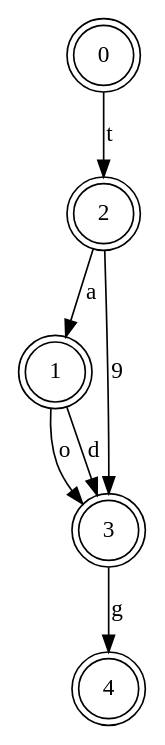
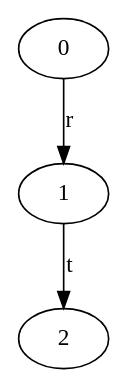
Before and after one commit to alirezahi/Finite-State-Machine: the diagram in test-output/round-table.gv, drawn with Graphviz. The commit also changed 3 other files, not shown here.

```diff
--- a/test-output/round-table.gv
+++ b/test-output/round-table.gv
@@ -1,14 +1,8 @@
 // The Round Table
 digraph {
-	0 [label=0 shape=doublecircle]
-		0 -> 2 [label=t]
-	1 [label=1 shape=doublecircle]
-		1 -> 3 [label=o]
-		1 -> 3 [label=d]
-	2 [label=2 shape=doublecircle]
-		2 -> 1 [label=a]
-		2 -> 3 [label=9]
-	3 [label=3 shape=doublecircle]
-		3 -> 4 [label=g]
-	4 [label=4 shape=doublecircle]
+	0 [label=0]
+		0 -> 1 [label=r]
+	1 [label=1]
+		1 -> 2 [label=t]
+	2 [label=2]
 }
```
